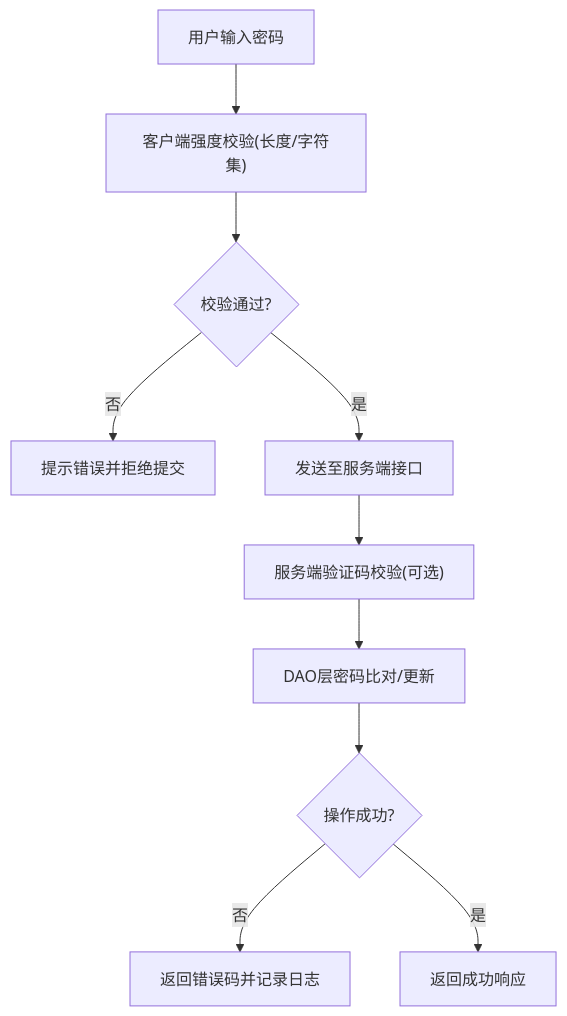
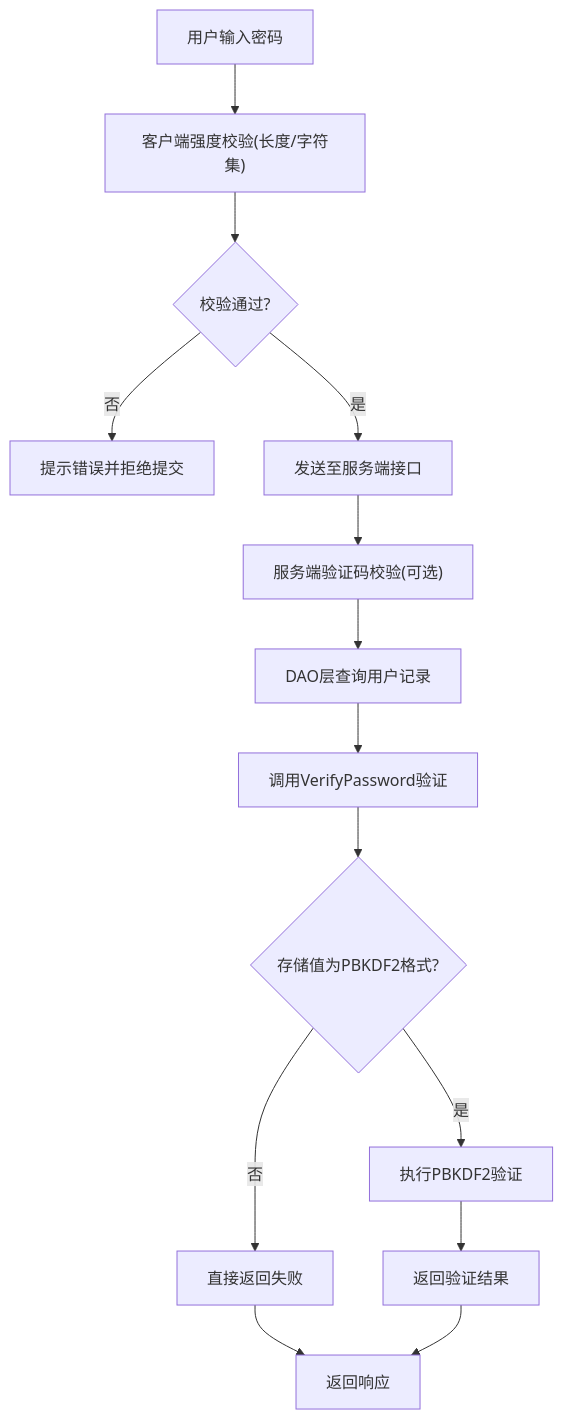
One commit to echo9923/mychatter changed the ninth of 9 diagrams in .qoder/repowiki/zh/content/安全设计/身份认证系统/密码安全策略.md. Above: the diagram before and after it, drawn with Mermaid. The commit also changed other lines of this file and 58 other files, not shown here.

````diff
--- a/.qoder/repowiki/zh/content/安全设计/身份认证系统/密码安全策略.md
+++ b/.qoder/repowiki/zh/content/安全设计/身份认证系统/密码安全策略.md
@@ -382,12 +527,16 @@
 ```mermaid
 flowchart TD
 A["用户输入密码"] --> B["客户端强度校验(长度/字符集)"]
 B --> C{"校验通过?"}
 C -- 否 --> E["提示错误并拒绝提交"]
 C -- 是 --> D["发送至服务端接口"]
 D --> F["服务端验证码校验(可选)"]
-F --> G["DAO层密码比对/更新"]
-G --> H{"操作成功?"}
-H -- 否 --> I["返回错误码并记录日志"]
-H -- 是 --> J["返回成功响应"]
+F --> G["DAO层查询用户记录"]
+G --> H["调用VerifyPassword验证"]
+H --> I{"存储值为PBKDF2格式?"}
+I -- 是 --> J["执行PBKDF2验证"]
+J --> K["返回验证结果"]
+I -- 否 --> L["直接返回失败"]
+L --> N["返回响应"]
+K --> N
 ```
````
